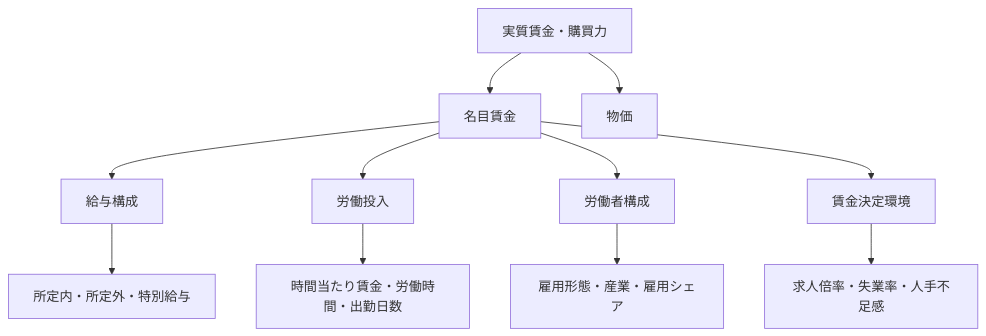
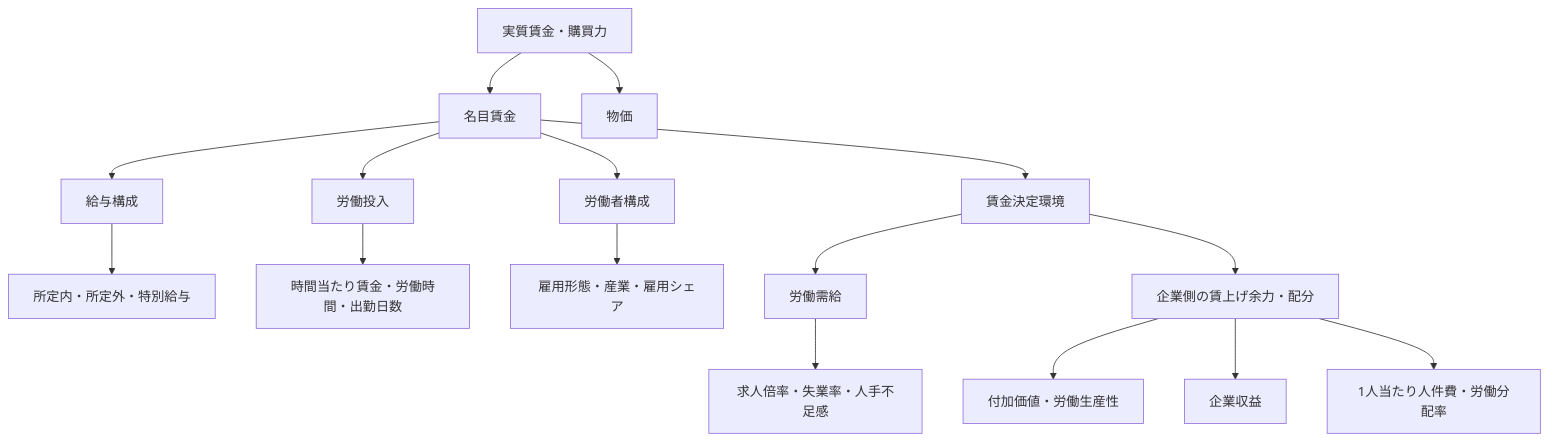
The diagram in docs/analysis/00_overview.md (rin-sato-tech/real_wage_dashboard), drawn with Mermaid before and after one commit. The commit also changed other lines of this file and 1 other file, not shown here.

````diff
--- a/docs/analysis/00_overview.md
+++ b/docs/analysis/00_overview.md
@@ -56,13 +71,25 @@
 ```mermaid
 flowchart TD
     A[実質賃金・購買力] --> B[名目賃金]
     A --> C[物価]
+
     B --> D[給与構成]
     B --> E[労働投入]
     B --> F[労働者構成]
     B --> G[賃金決定環境]
+
     D --> D1[所定内・所定外・特別給与]
+
     E --> E1[時間当たり賃金・労働時間・出勤日数]
+
     F --> F1[雇用形態・産業・雇用シェア]
-    G --> G1[求人倍率・失業率・人手不足感]
+
+    G --> G1[労働需給]
+    G --> G2[企業側の賃上げ余力・配分]
+
+    G1 --> G11[求人倍率・失業率・人手不足感]
+
+    G2 --> G21[付加価値・労働生産性]
+    G2 --> G22[企業収益]
+    G2 --> G23[1人当たり人件費・労働分配率]
 ```
````
